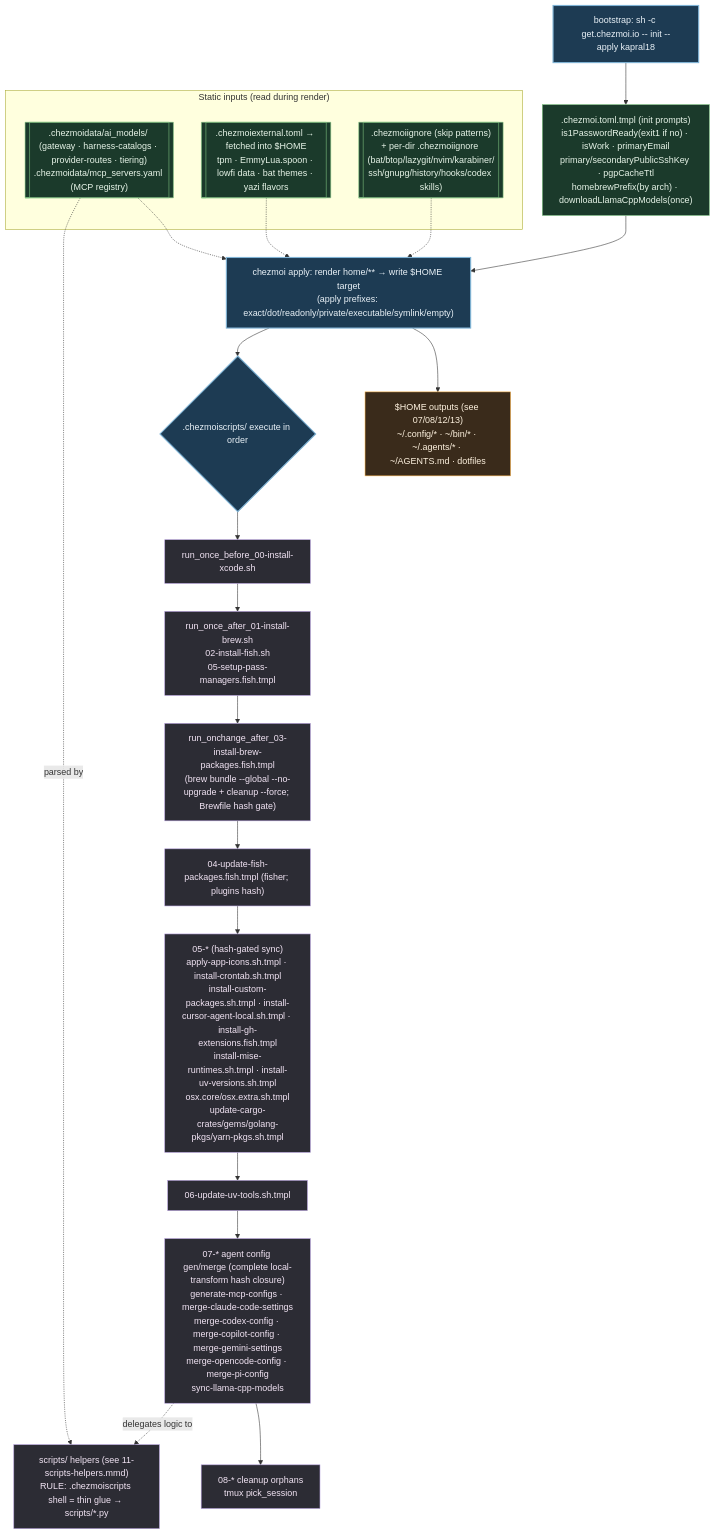
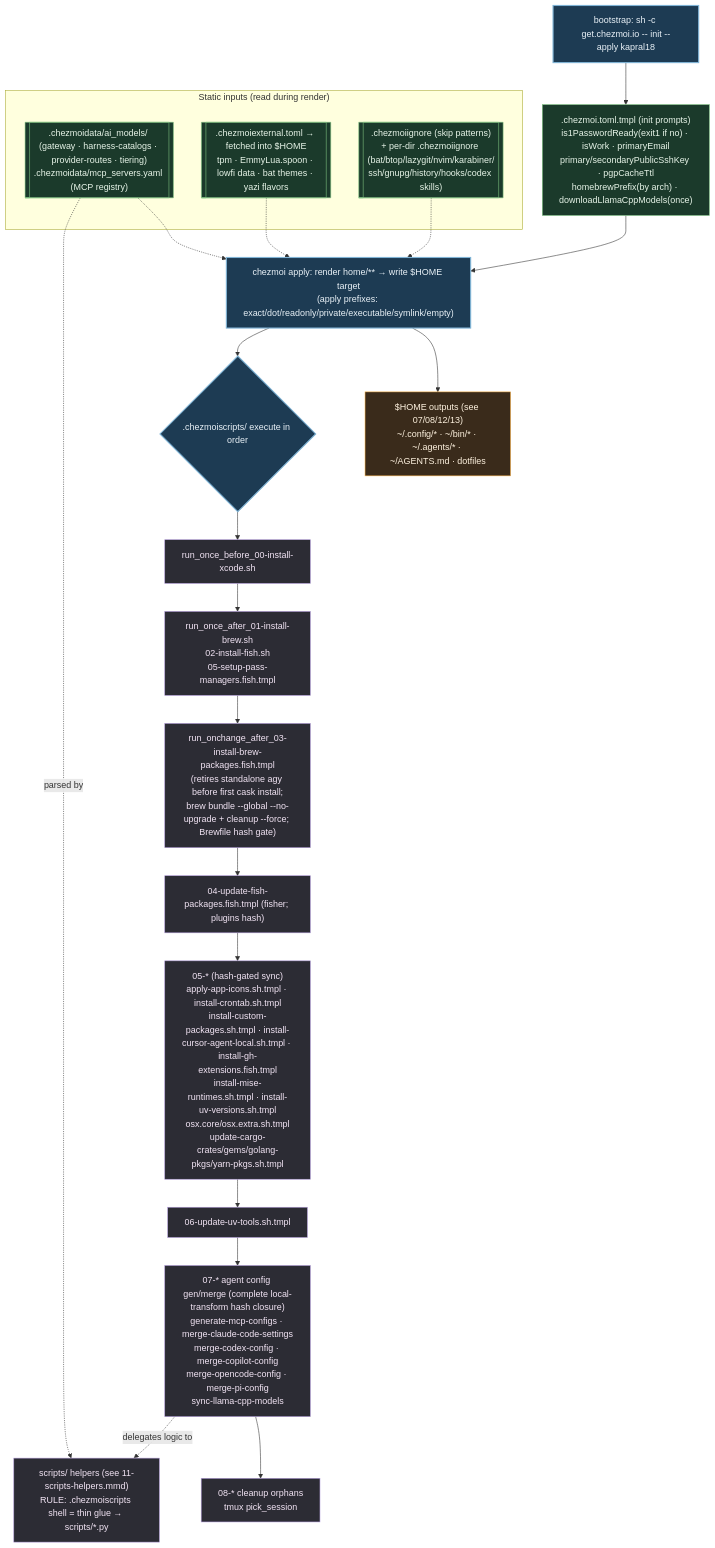
Before and after one commit to kapral18/dotfiles: the diagram in .mermaids/01-chezmoi-pipeline.mmd, drawn with Mermaid. The commit also changed 114 other files, not shown here.

First line of the commit message:
feat(antigravity): replace Gemini with Antigravity and add MCP handling

```diff
--- a/.mermaids/01-chezmoi-pipeline.mmd
+++ b/.mermaids/01-chezmoi-pipeline.mmd
@@ -1,41 +1,41 @@
 %% ============================================================================
 %% 01-chezmoi-pipeline.mmd — `chezmoi apply` lifecycle. Names EVERY hook in
-%% home/.chezmoiscripts/ (29) and every config/data input. Hooks run in
+%% home/.chezmoiscripts/ (28) and every config/data input. Hooks run in
 %% filename order: run_once_before < run_once_after < run_onchange_after,
 %% then numeric 00..08 within each class. *.tmpl = templated; .fish.tmpl run
 %% under fish; .sh / .sh.tmpl run under bash.
 %% ============================================================================
 flowchart TD
     classDef phase fill:#1d3b53,stroke:#7fb3d5,color:#eaf2f8,stroke-width:2px;
     classDef data fill:#1b3a2b,stroke:#81c784,color:#e8f5e9;
     classDef script fill:#2c2c34,stroke:#b39ddb,color:#f3e5f5;
     classDef out fill:#3a2b1b,stroke:#ffb74d,color:#fff3e0;
 
     BOOT["bootstrap: sh -c get.chezmoi.io -- init --apply kapral18"]:::phase
     INIT[".chezmoi.toml.tmpl (init prompts)<br/>is1PasswordReady(exit1 if no) · isWork · primaryEmail<br/>primary/secondaryPublicSshKey · pgpCacheTtl<br/>homebrewPrefix(by arch) · downloadLlamaCppModels(once)"]:::data
 
     subgraph INPUTS["Static inputs (read during render)"]
         DATA[[".chezmoidata/ai_models/ (gateway · harness-catalogs · provider-routes · tiering)<br/>.chezmoidata/mcp_servers.yaml (MCP registry)"]]:::data
         EXT[[".chezmoiexternal.toml → fetched into $HOME<br/>tpm · EmmyLua.spoon · lowfi data · bat themes · yazi flavors"]]:::data
         IGN[[".chezmoiignore (skip patterns)<br/>+ per-dir .chezmoiignore (bat/btop/lazygit/nvim/karabiner/<br/>ssh/gnupg/history/hooks/codex skills)"]]:::data
     end
 
     BOOT --> INIT --> APPLY
     DATA & EXT & IGN -.-> APPLY
 
     APPLY["chezmoi apply: render home/** → write $HOME target<br/>(apply prefixes: exact/dot/readonly/private/executable/symlink/empty)"]:::phase
     APPLY --> TARGETS["$HOME outputs (see 07/08/12/13)<br/>~/.config/* · ~/bin/* · ~/.agents/* · ~/AGENTS.md · dotfiles"]:::out
 
     APPLY --> HOOKS{".chezmoiscripts/ execute in order"}:::phase
 
     HOOKS --> B0["run_once_before_00-install-xcode.sh"]:::script
     B0 --> A01["run_once_after_01-install-brew.sh<br/>02-install-fish.sh<br/>05-setup-pass-managers.fish.tmpl"]:::script
-    A01 --> C03["run_onchange_after_03-install-brew-packages.fish.tmpl<br/>(brew bundle --global --no-upgrade + cleanup --force; Brewfile hash gate)"]:::script
+    A01 --> C03["run_onchange_after_03-install-brew-packages.fish.tmpl<br/>(retires standalone agy before first cask install;<br/>brew bundle --global --no-upgrade + cleanup --force; Brewfile hash gate)"]:::script
     C03 --> C04["04-update-fish-packages.fish.tmpl (fisher; plugins hash)"]:::script
     C04 --> C05["05-* (hash-gated sync)<br/>apply-app-icons.sh.tmpl · install-crontab.sh.tmpl<br/>install-custom-packages.sh.tmpl · install-cursor-agent-local.sh.tmpl · install-gh-extensions.fish.tmpl<br/>install-mise-runtimes.sh.tmpl · install-uv-versions.sh.tmpl<br/>osx.core/osx.extra.sh.tmpl<br/>update-cargo-crates/gems/golang-pkgs/yarn-pkgs.sh.tmpl"]:::script
     C05 --> C06["06-update-uv-tools.sh.tmpl"]:::script
-    C06 --> C07["07-* agent config gen/merge (complete local-transform hash closure)<br/>generate-mcp-configs · merge-claude-code-settings<br/>merge-codex-config · merge-copilot-config · merge-gemini-settings<br/>merge-opencode-config · merge-pi-config<br/>sync-llama-cpp-models"]:::script
+    C06 --> C07["07-* agent config gen/merge (complete local-transform hash closure)<br/>generate-mcp-configs · merge-claude-code-settings<br/>merge-codex-config · merge-copilot-config<br/>merge-opencode-config · merge-pi-config<br/>sync-llama-cpp-models"]:::script
     C07 --> C08["08-* cleanup orphans<br/>tmux pick_session"]:::script
 
     C07 -. delegates logic to .-> HELP["scripts/ helpers (see 11-scripts-helpers.mmd)<br/>RULE: .chezmoiscripts shell = thin glue → scripts/*.py"]:::script
     DATA -.parsed by.-> HELP
```
